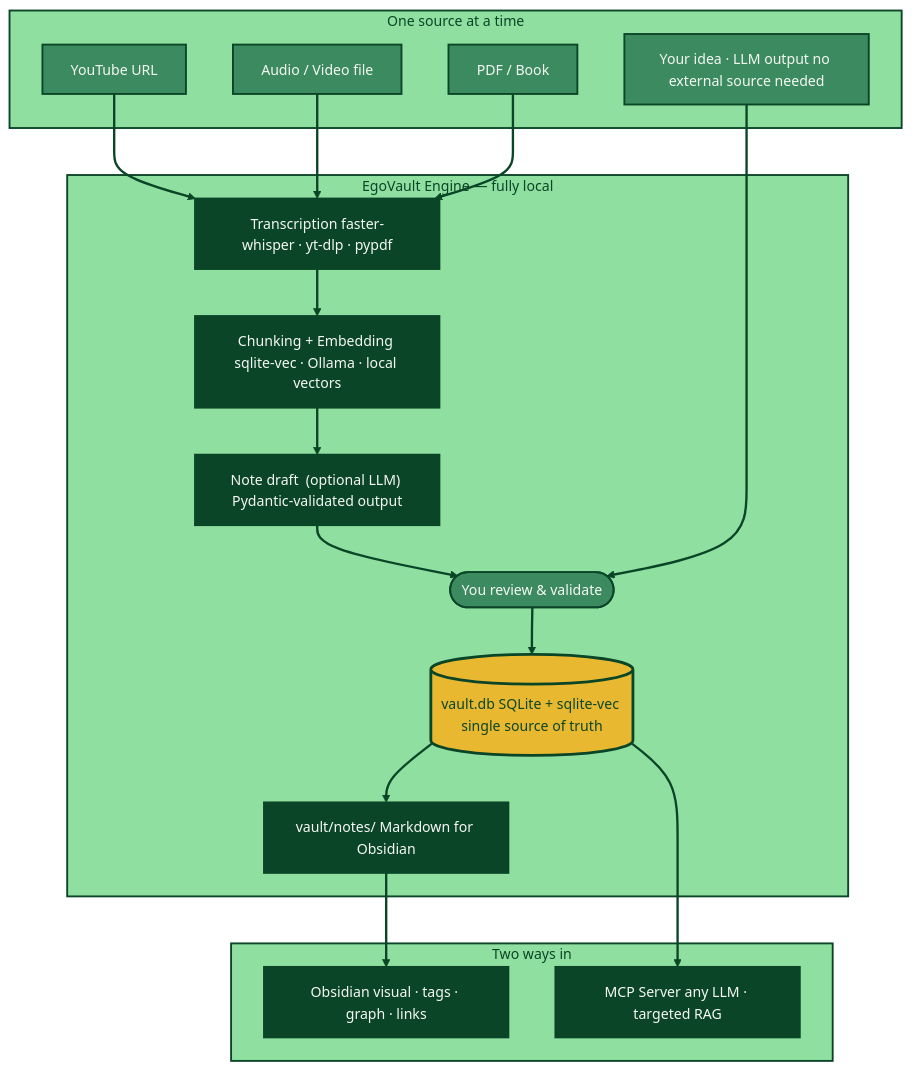
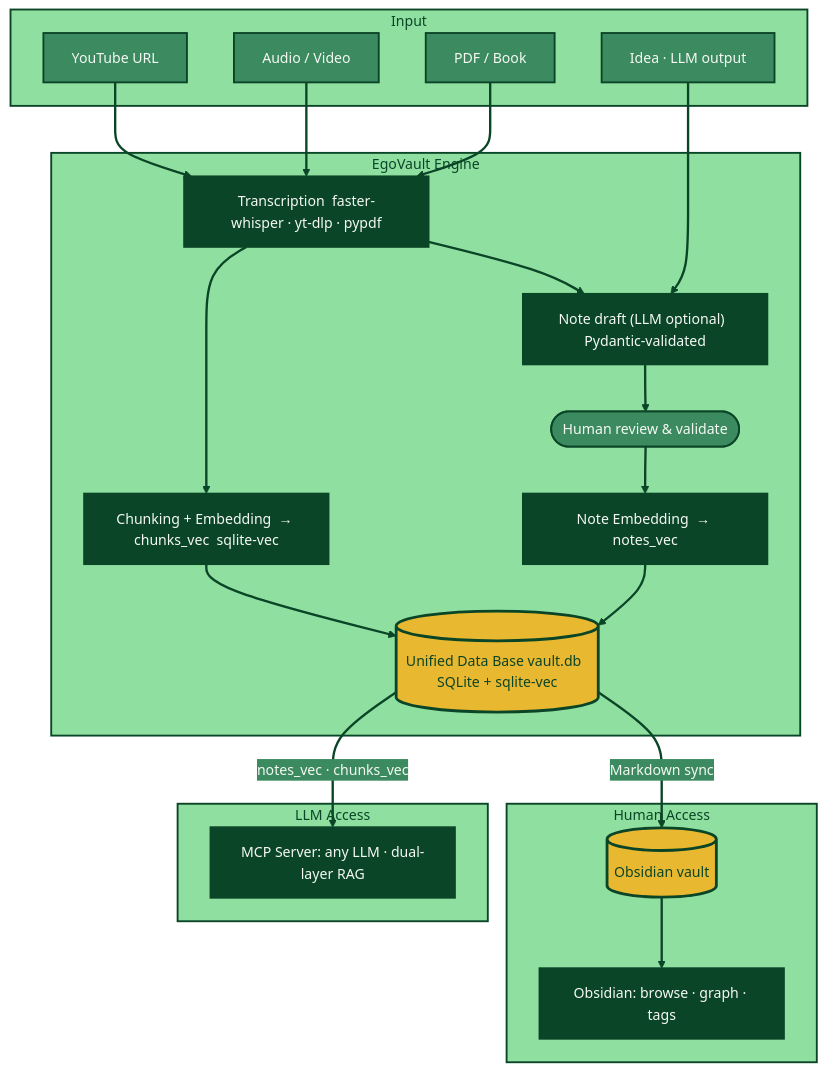
Before and after one commit to Vincent-20-100/egovault: the first of 3 diagrams in README.md, drawn with Mermaid. The commit also changed other lines of this file and 3 other files, not shown here.

First line of the commit message:
docs: overhaul README pipeline diagram + MCP Claude Desktop setup

````diff
--- a/README.md
+++ b/README.md
@@ -44,41 +44,48 @@
 ```mermaid
 %%{init: {'theme':'base','themeVariables':{'fontFamily':'ui-sans-serif, system-ui, -apple-system, Segoe UI, sans-serif','fontSize':'15px','primaryColor':'#0B4527','primaryTextColor':'#F5F9F4','primaryBorderColor':'#0B4527','lineColor':'#0B4527','secondaryColor':'#3C8A5F','tertiaryColor':'#8FE0A0'}}}%%
 flowchart TD
     classDef source fill:#3C8A5F,stroke:#0B4527,stroke-width:2px,color:#F5F9F4
     classDef engine fill:#0B4527,stroke:#0B4527,stroke-width:2px,color:#F5F9F4
     classDef human fill:#3C8A5F,stroke:#0B4527,stroke-width:2px,color:#F5F9F4
     classDef store fill:#E8B830,stroke:#0B4527,stroke-width:3px,color:#0B4527
     classDef access fill:#0B4527,stroke:#0B4527,stroke-width:2px,color:#F5F9F4
 
-    subgraph SOURCES["One source at a time"]
+    subgraph SOURCES["Input"]
         Y["YouTube URL"]:::source
-        A["Audio / Video file"]:::source
+        A["Audio / Video"]:::source
         P["PDF / Book"]:::source
-        I["Your idea · LLM output no external source needed"]:::source
+        I["Idea · LLM output"]:::source
     end
 
-    subgraph ENGINE["EgoVault Engine — fully local"]
-        T["Transcription faster-whisper · yt-dlp · pypdf"]:::engine
-        C["Chunking + Embedding sqlite-vec · Ollama · local vectors"]:::engine
-        L["Note draft  (optional LLM) Pydantic-validated output"]:::engine
-        H(["You review & validate"]):::human
-        DB[("vault.db SQLite + sqlite-vec single source of truth")]:::store
-        VLT["vault/notes/ Markdown for Obsidian"]:::engine
+    subgraph ENGINE["EgoVault Engine"]
+        T["Transcription  faster-whisper · yt-dlp · pypdf"]:::engine
+        C["Chunking + Embedding  → chunks_vec  sqlite-vec"]:::engine
+        L["Note draft (LLM optional)  Pydantic-validated"]:::engine
+        H(["Human review & validate"]):::human
+        NE["Note Embedding  → notes_vec"]:::engine
+        DB[("Unified Data Base vault.db  SQLite + sqlite-vec")]:::store
     end
 
-    subgraph ACCESS["Two ways in"]
-        OB["Obsidian visual · tags · graph · links"]:::access
-        MCP["MCP Server any LLM · targeted RAG"]:::access
+    subgraph HUMAN["Human Access"]
+        VLT[("Obsidian vault")]:::store
+        OB["Obsidian: browse · graph · tags"]:::access
     end
 
-    Y & A & P --> T --> C --> L --> H --> DB
-    I --> H
-    DB --> VLT --> OB
-    DB --> MCP
+    subgraph LLM_ACCESS["LLM Access"]
+        MCP["MCP Server: any LLM · dual-layer RAG"]:::access
+    end
+
+    Y & A & P --> T
+    T --> C --> DB
+    T --> L --> H --> NE --> DB
+    I --> L
+    DB -->|"Markdown sync"| VLT --> OB
+    DB -->|"notes_vec · chunks_vec"| MCP
 
     style SOURCES fill:#8FE0A0,stroke:#0B4527,stroke-width:2px,color:#0B4527
     style ENGINE fill:#8FE0A0,stroke:#0B4527,stroke-width:2px,color:#0B4527
-    style ACCESS fill:#8FE0A0,stroke:#0B4527,stroke-width:2px,color:#0B4527
+    style HUMAN fill:#8FE0A0,stroke:#0B4527,stroke-width:2px,color:#0B4527
+    style LLM_ACCESS fill:#8FE0A0,stroke:#0B4527,stroke-width:2px,color:#0B4527
 
     linkStyle default stroke:#0B4527,stroke-width:2.5px
 ```
````
